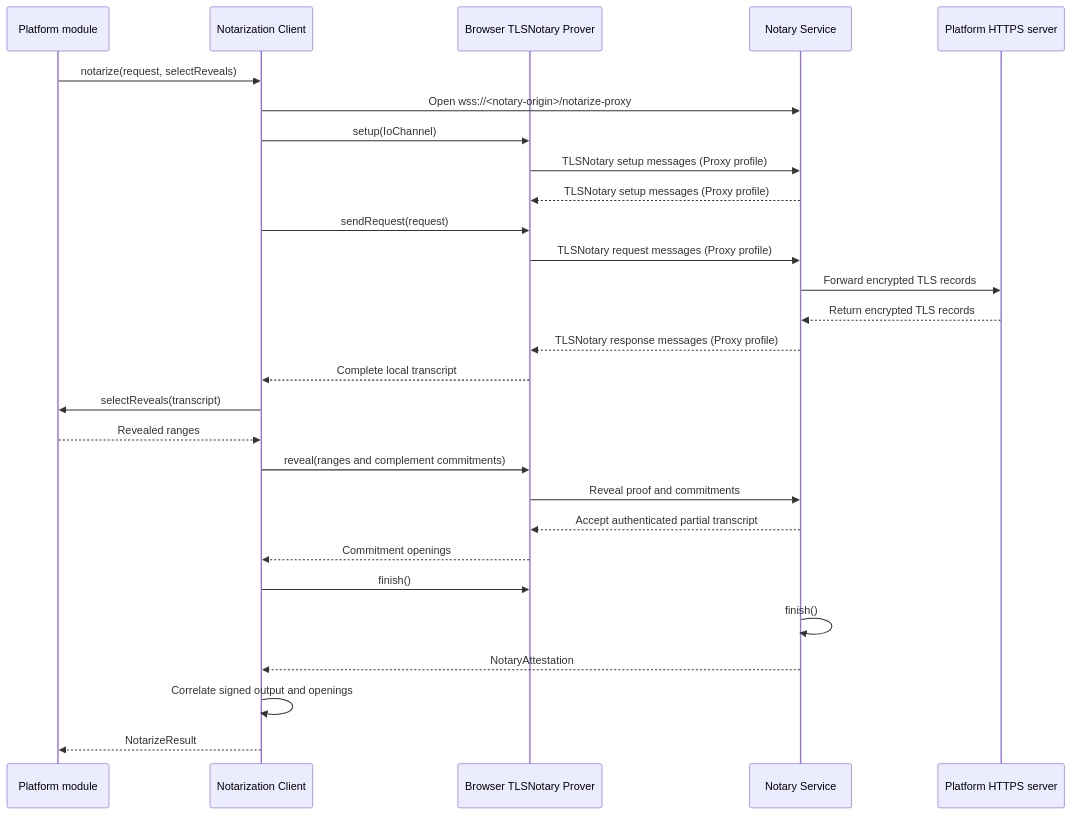
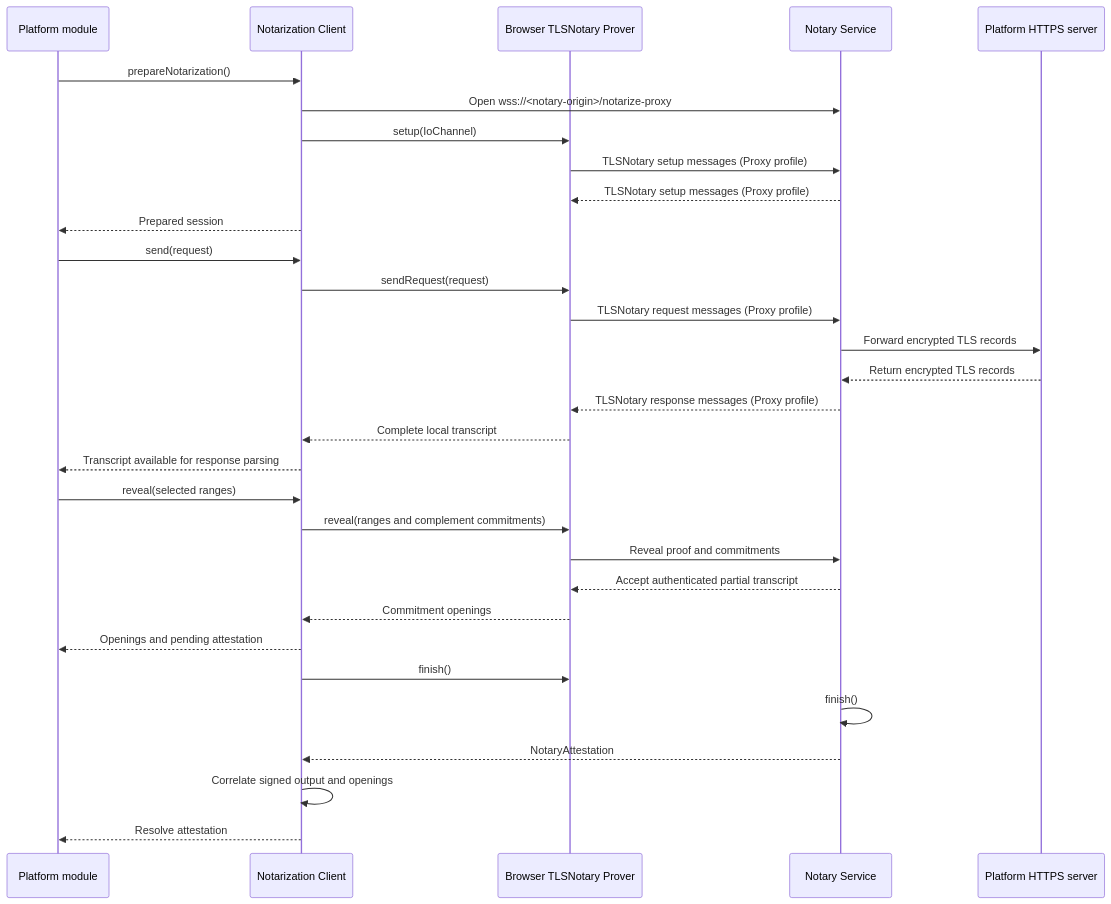
Before and after one commit to libid-org/libid: the diagram in ts/packages/ceremony/NOTARIZATION.md, drawn with Mermaid. The commit also changed other lines of this file and 3 other files, not shown here.

````diff
--- a/ts/packages/ceremony/NOTARIZATION.md
+++ b/ts/packages/ceremony/NOTARIZATION.md
@@ -237,31 +253,34 @@
 ```mermaid
 sequenceDiagram
     participant M as Platform module
     participant T as Notarization Client
     participant W as Browser TLSNotary Prover
     participant N as Notary Service
     participant P as Platform HTTPS server
 
-    M->>T: notarize(request, selectReveals)
+    M->>T: prepareNotarization()
     T->>N: Open wss://<notary-origin>/notarize-proxy
     T->>W: setup(IoChannel)
     W->>N: TLSNotary setup messages (Proxy profile)
     N-->>W: TLSNotary setup messages (Proxy profile)
+    T-->>M: Prepared session
+    M->>T: send(request)
     T->>W: sendRequest(request)
     W->>N: TLSNotary request messages (Proxy profile)
     N->>P: Forward encrypted TLS records
     P-->>N: Return encrypted TLS records
     N-->>W: TLSNotary response messages (Proxy profile)
     W-->>T: Complete local transcript
-    T->>M: selectReveals(transcript)
-    M-->>T: Revealed ranges
+    T-->>M: Transcript available for response parsing
+    M->>T: reveal(selected ranges)
     T->>W: reveal(ranges and complement commitments)
     W->>N: Reveal proof and commitments
     N-->>W: Accept authenticated partial transcript
     W-->>T: Commitment openings
+    T-->>M: Openings and pending attestation
     T->>W: finish()
     N->>N: finish()
     N-->>T: NotaryAttestation
     T->>T: Correlate signed output and openings
-    T-->>M: NotarizeResult
+    T-->>M: Resolve attestation
 ```
````
